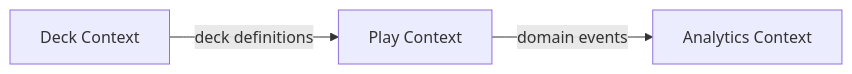
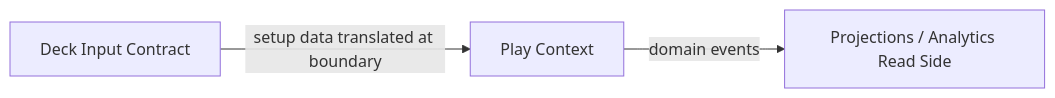
Before and after one commit to AdriRRP/demonic-tutor: the diagram in docs/domain/context-map.md, drawn with Mermaid. The commit also changed other lines of this file and 16 other files, not shown here.

Commit message:
refactor(ddd): align context map and split play language modules

`````diff
--- a/docs/domain/context-map.md
+++ b/docs/domain/context-map.md
@@ -9,10 +9,10 @@
 ```mermaid
 flowchart LR
 
-Deck["Deck Context"]
+Deck["Deck Input Contract"]
 Play["Play Context"]
-Analytics["Analytics Context"]
+ReadSide["Projections / Analytics Read Side"]
 
-Deck -->|deck definitions| Play
-Play -->|domain events| Analytics
-````
+Deck -->|setup data translated at boundary| Play
+Play -->|domain events| ReadSide
+```
`````
